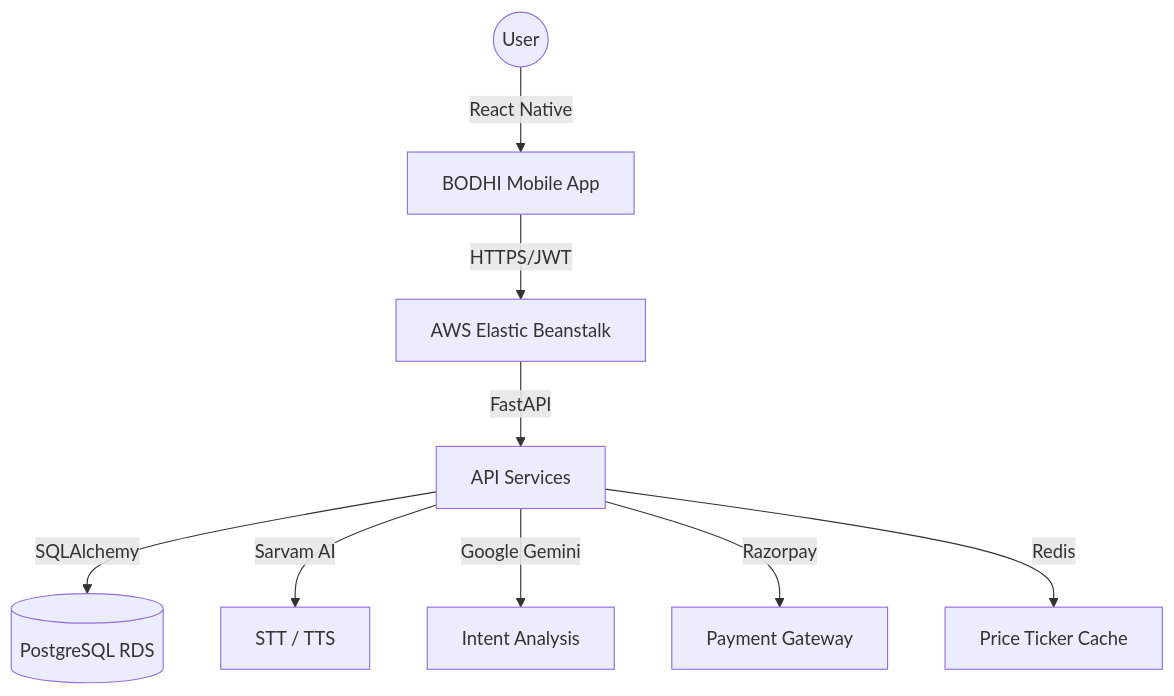
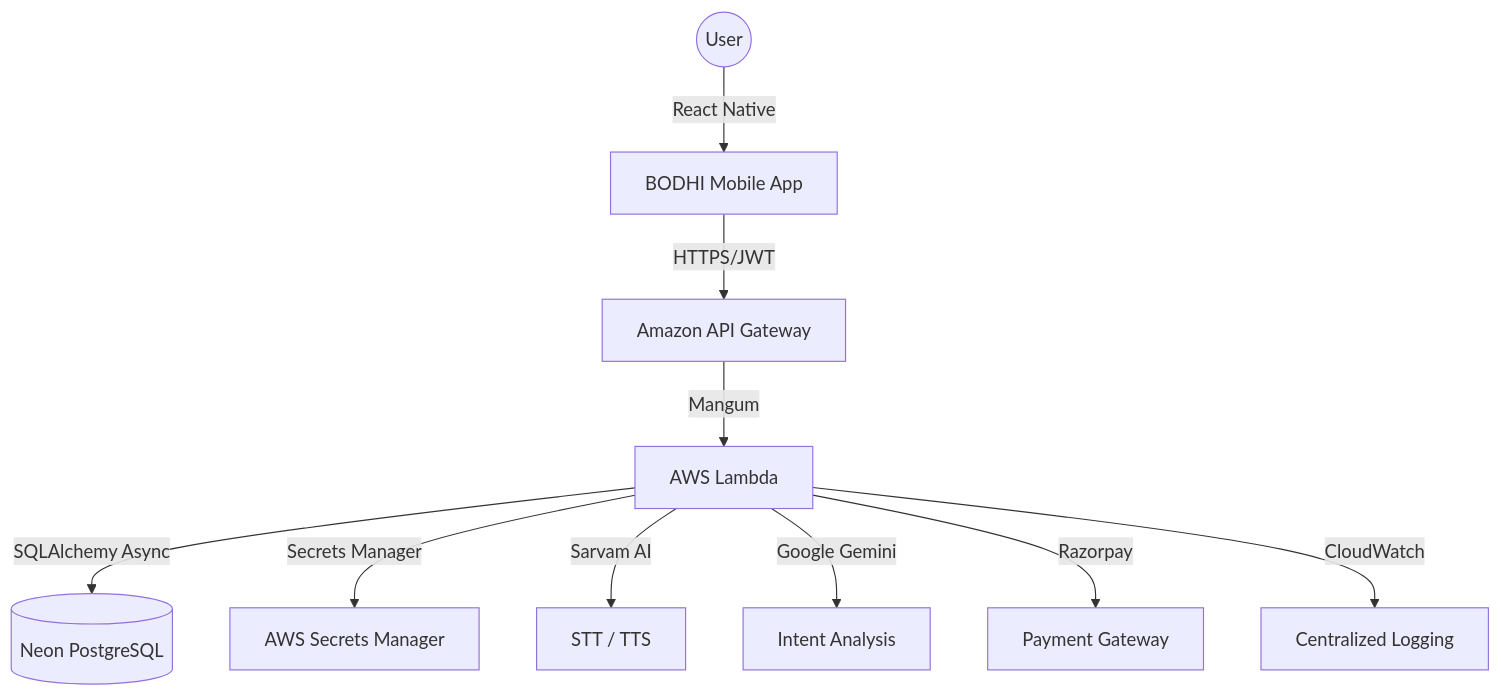
Before and after one commit to GovindJindal/BODHI: the diagram in README.md, drawn with Mermaid. The commit also changed other lines of this file and 2 other files, not shown here.

Commit message:
feat: migrate backend to AWS Lambda with API Gateway and update project dependencies

````diff
--- a/README.md
+++ b/README.md
@@ -106,11 +106,12 @@
 ```mermaid
 graph TD
     User((User)) -->|React Native| Mobile[BODHI Mobile App]
-    Mobile -->|HTTPS/JWT| Gateway[AWS Elastic Beanstalk]
-    Gateway -->|FastAPI| App[API Services]
-    App -->|SQLAlchemy| DB[(PostgreSQL RDS)]
-    App -->|Sarvam AI| Voice[STT / TTS]
-    App -->|Google Gemini| Brain[Intent Analysis]
-    App -->|Razorpay| Pay[Payment Gateway]
-    App -->|Redis| Cache[Price Ticker Cache]
+    Mobile -->|HTTPS/JWT| Gateway[Amazon API Gateway]
+    Gateway -->|Mangum| Lambda[AWS Lambda]
+    Lambda -->|SQLAlchemy Async| DB[(Neon PostgreSQL)]
+    Lambda -->|Secrets Manager| Secrets[AWS Secrets Manager]
+    Lambda -->|Sarvam AI| Voice[STT / TTS]
+    Lambda -->|Google Gemini| Brain[Intent Analysis]
+    Lambda -->|Razorpay| Pay[Payment Gateway]
+    Lambda -->|CloudWatch| Logs[Centralized Logging]
 ```
````
